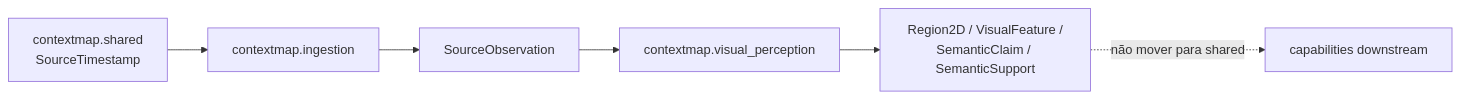
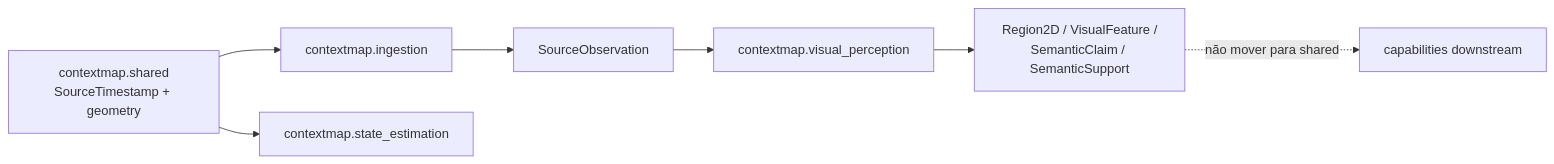
One commit to Alexandre-Tortoza/contextmap2 changed the diagram in docs/shared-primitives.md. Above: the diagram before and after it, drawn with Mermaid. The commit also changed other lines of this file and 13 other files, not shown here.

````diff
--- a/docs/shared-primitives.md
+++ b/docs/shared-primitives.md
@@ -15,8 +15,9 @@
 ```mermaid
 flowchart LR
-    SH["contextmap.shared<br/>SourceTimestamp"] --> ING["contextmap.ingestion"]
+    SH["contextmap.shared<br/>SourceTimestamp + geometry"] --> ING["contextmap.ingestion"]
+    SH --> SE["contextmap.state_estimation"]
     ING --> SO["SourceObservation"]
     SO --> VP["contextmap.visual_perception"]
     VP --> E["Region2D / VisualFeature /<br/>SemanticClaim / SemanticSupport"]
     E -. não mover para shared .-> DOWN["capabilities downstream"]
 ```
````
